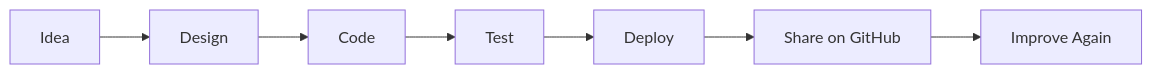
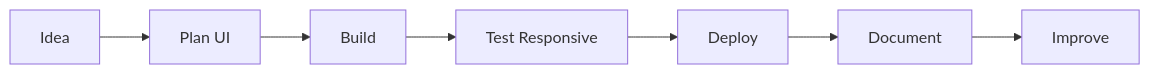
One commit to Dolphin-2002/Dolphin-2002 changed the diagram in README.md. Above: the diagram before and after it, drawn with Mermaid. The commit also changed other lines of this file, not shown here.

````diff
--- a/README.md
+++ b/README.md
@@ -49,9 +117,9 @@
 ```mermaid
 flowchart LR
-    A[Idea] --> B[Design]
-    B --> C[Code]
-    C --> D[Test]
+    A[Idea] --> B[Plan UI]
+    B --> C[Build]
+    C --> D[Test Responsive]
     D --> E[Deploy]
-    E --> F[Share on GitHub]
-    F --> G[Improve Again]
+    E --> F[Document]
+    F --> G[Improve]
 ```
````
